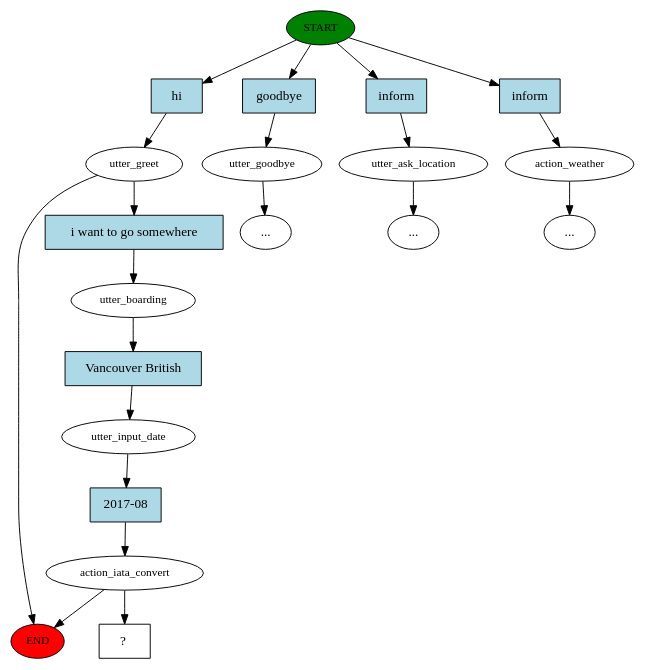
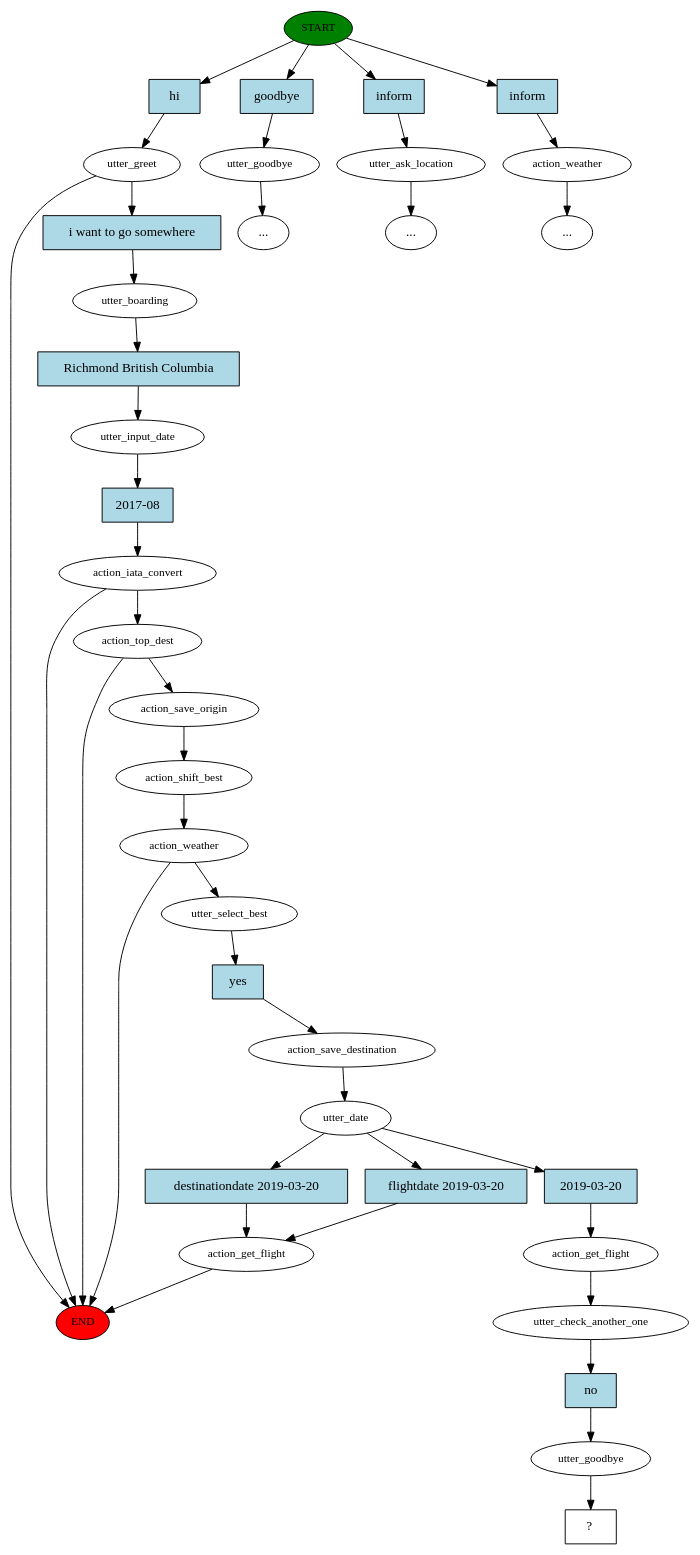
One commit to ajtang/Weather-Misc changed the diagram in story_graph.dot. Above: the diagram before and after it, drawn with Graphviz. The commit also changed 8 other files, not shown here.

```diff
--- a/story_graph.dot
+++ b/story_graph.dot
@@ -1,42 +1,78 @@
 digraph  {
 0 [class="start active", fillcolor=green, fontsize=12, label=START, style=filled];
 "-1" [class=end, fillcolor=red, fontsize=12, label=END, style=filled];
 1 [class=active, fontsize=12, label=utter_greet];
 2 [class="", fontsize=12, label=utter_goodbye];
 "-3" [class=ellipsis, label="..."];
 3 [class="", fontsize=12, label=utter_ask_location];
 "-4" [class=ellipsis, label="..."];
 4 [class="", fontsize=12, label=action_weather];
 "-5" [class=ellipsis, label="..."];
 6 [class=active, fontsize=12, label=utter_boarding];
 7 [class=active, fontsize=12, label=utter_input_date];
 8 [class=active, fontsize=12, label=action_iata_convert];
-13 [class="intent dashed active", label="  ?  ", shape=rect];
-14 [class="intent active", fillcolor=lightblue, label=hi, shape=rect, style=filled];
-15 [class=intent, fillcolor=lightblue, label=goodbye, shape=rect, style=filled];
-16 [class=intent, fillcolor=lightblue, label=inform, shape=rect, style=filled];
-17 [class=intent, fillcolor=lightblue, label=inform, shape=rect, style=filled];
-18 [class="intent active", fillcolor=lightblue, label="i want to go somewhere", shape=rect, style=filled];
-19 [class="intent active", fillcolor=lightblue, label="Vancouver British", shape=rect, style=filled];
-20 [class="intent active", fillcolor=lightblue, label="2017-08", shape=rect, style=filled];
-0 -> 14  [class=active, key=0];
-0 -> 15  [class="", key=0];
-0 -> 16  [class="", key=0];
-0 -> 17  [class="", key=0];
+13 [class=active, fontsize=12, label=action_top_dest];
+19 [class=active, fontsize=12, label=action_save_origin];
+20 [class=active, fontsize=12, label=action_shift_best];
+21 [class=active, fontsize=12, label=action_weather];
+30 [class=active, fontsize=12, label=utter_select_best];
+31 [class=active, fontsize=12, label=action_save_destination];
+32 [class=active, fontsize=12, label=utter_date];
+33 [class="", fontsize=12, label=action_get_flight];
+57 [class=active, fontsize=12, label=action_get_flight];
+58 [class=active, fontsize=12, label=utter_check_another_one];
+59 [class=active, fontsize=12, label=utter_goodbye];
+60 [class="intent dashed active", label="  ?  ", shape=rect];
+61 [class="intent active", fillcolor=lightblue, label=hi, shape=rect, style=filled];
+62 [class=intent, fillcolor=lightblue, label=goodbye, shape=rect, style=filled];
+63 [class=intent, fillcolor=lightblue, label=inform, shape=rect, style=filled];
+64 [class=intent, fillcolor=lightblue, label=inform, shape=rect, style=filled];
+65 [class="intent active", fillcolor=lightblue, label="i want to go somewhere", shape=rect, style=filled];
+66 [class="intent active", fillcolor=lightblue, label="Richmond British Columbia", shape=rect, style=filled];
+67 [class="intent active", fillcolor=lightblue, label="2017-08", shape=rect, style=filled];
+68 [class="intent active", fillcolor=lightblue, label=yes, shape=rect, style=filled];
+69 [class=intent, fillcolor=lightblue, label="destinationdate 2019-03-20", shape=rect, style=filled];
+70 [class=intent, fillcolor=lightblue, label="flightdate 2019-03-20", shape=rect, style=filled];
+71 [class="intent active", fillcolor=lightblue, label="2019-03-20", shape=rect, style=filled];
+72 [class="intent active", fillcolor=lightblue, label=no, shape=rect, style=filled];
+0 -> 61  [class=active, key=0];
+0 -> 62  [class="", key=0];
+0 -> 63  [class="", key=0];
+0 -> 64  [class="", key=0];
 1 -> "-1"  [class="", key=NONE, label=""];
-1 -> 18  [class=active, key=0];
+1 -> 65  [class=active, key=0];
 2 -> "-3"  [class="", key=NONE, label=""];
 3 -> "-4"  [class="", key=NONE, label=""];
 4 -> "-5"  [class="", key=NONE, label=""];
-6 -> 19  [class=active, key=0];
-7 -> 20  [class=active, key=0];
+6 -> 66  [class=active, key=0];
+7 -> 67  [class=active, key=0];
 8 -> "-1"  [class="", key=NONE, label=""];
 8 -> 13  [class=active, key=NONE, label=""];
-14 -> 1  [class=active, key=0];
-15 -> 2  [class="", key=0];
-16 -> 3  [class="", key=0];
-17 -> 4  [class="", key=0];
-18 -> 6  [class=active, key=0];
-19 -> 7  [class=active, key=0];
-20 -> 8  [class=active, key=0];
+13 -> "-1"  [class="", key=NONE, label=""];
+13 -> 19  [class=active, key=NONE, label=""];
+19 -> 20  [class=active, key=NONE, label=""];
+20 -> 21  [class=active, key=NONE, label=""];
+21 -> "-1"  [class="", key=NONE, label=""];
+21 -> 30  [class=active, key=NONE, label=""];
+30 -> 68  [class=active, key=0];
+31 -> 32  [class=active, key=NONE, label=""];
+32 -> 69  [class="", key=0];
+32 -> 70  [class="", key=0];
+32 -> 71  [class=active, key=0];
+33 -> "-1"  [class="", key=NONE, label=""];
+57 -> 58  [class=active, key=NONE, label=""];
+58 -> 72  [class=active, key=0];
+59 -> 60  [class=active, key=NONE, label=""];
+61 -> 1  [class=active, key=0];
+62 -> 2  [class="", key=0];
+63 -> 3  [class="", key=0];
+64 -> 4  [class="", key=0];
+65 -> 6  [class=active, key=0];
+66 -> 7  [class=active, key=0];
+67 -> 8  [class=active, key=0];
+68 -> 31  [class=active, key=0];
+69 -> 33  [class="", key=0];
+70 -> 33  [class="", key=0];
+71 -> 57  [class=active, key=0];
+72 -> 59  [class=active, key=0];
 }
```
